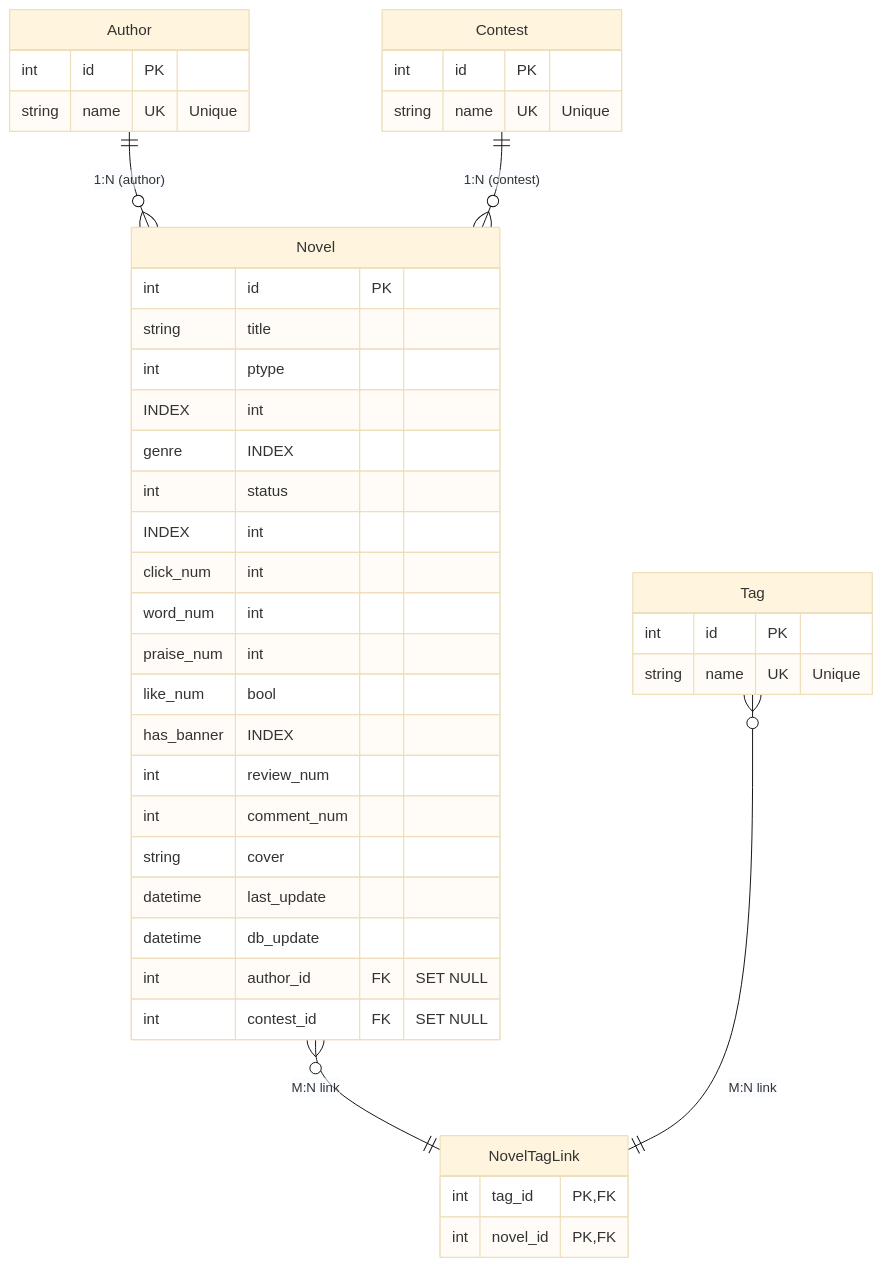
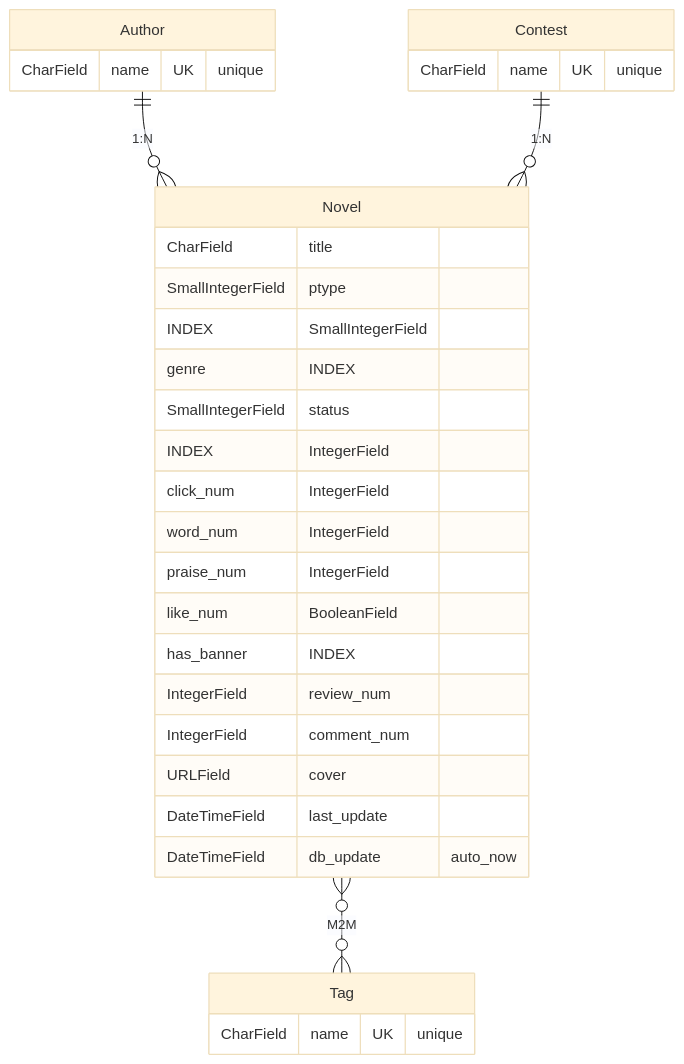
One commit to light-nook-labs/novel_hub changed the diagram in README.md. Above: the diagram before and after it, drawn with Mermaid (base theme). The commit also changed other lines of this file and 66 other files, not shown here.

````diff
--- a/README.md
+++ b/README.md
@@ -5,48 +5,35 @@
 ```mermaid
 erDiagram
     Author {
-        int id PK
-        string name UK "Unique"
+        CharField name UK "unique"
     }
 
     Tag {
-        int id PK
-        string name UK "Unique"
+        CharField name UK "unique"
     }
 
     Contest {
-        int id PK
-        string name UK "Unique"
+        CharField name UK "unique"
     }
 
     Novel {
-        int id PK
-        string title
-        int ptype INDEX
-        int genre INDEX
-        int status INDEX
-        int click_num
-        int word_num
-        int praise_num
-        int like_num
-        bool has_banner INDEX
-        int review_num
-        int comment_num
-        string cover
-        datetime last_update
-        datetime db_update
-        int author_id FK "SET NULL"
-        int contest_id FK "SET NULL"
+        CharField title
+        SmallIntegerField ptype INDEX
+        SmallIntegerField genre INDEX
+        SmallIntegerField status INDEX
+        IntegerField click_num
+        IntegerField word_num
+        IntegerField praise_num
+        IntegerField like_num
+        BooleanField has_banner INDEX
+        IntegerField review_num
+        IntegerField comment_num
+        URLField cover
+        DateTimeField last_update
+        DateTimeField db_update "auto_now"
     }
 
-    NovelTagLink {
-        int tag_id PK,FK
-        int novel_id PK,FK
-    }
-
-    %% Relationship
-    Author ||--o{ Novel : "1:N (author)"
-    Contest ||--o{ Novel : "1:N (contest)"
-    Novel }o--|| NovelTagLink : "M:N link"
-    Tag }o--|| NovelTagLink : "M:N link"
+    Author ||--o{ Novel : "1:N"
+    Contest ||--o{ Novel : "1:N"
+    Novel }o--o{ Tag : "M2M"
 ```
````
